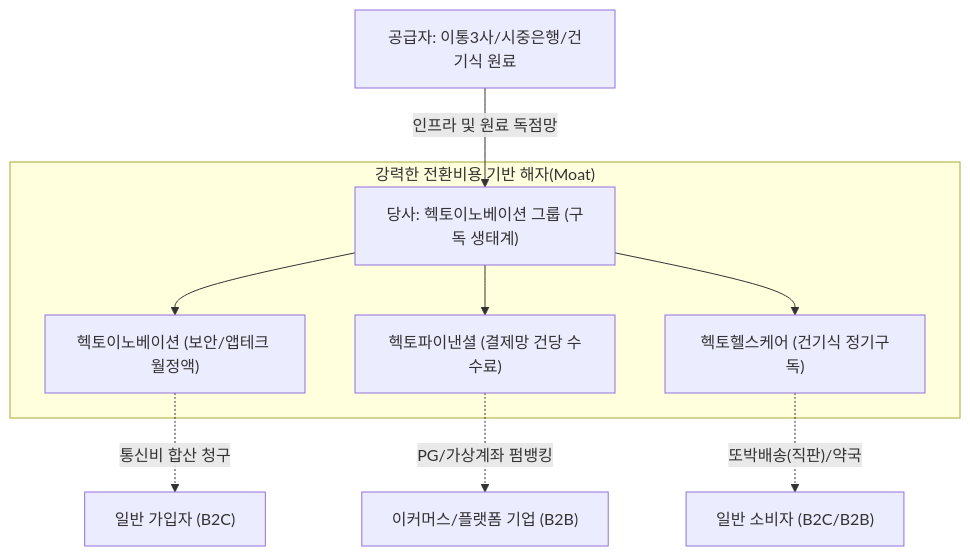
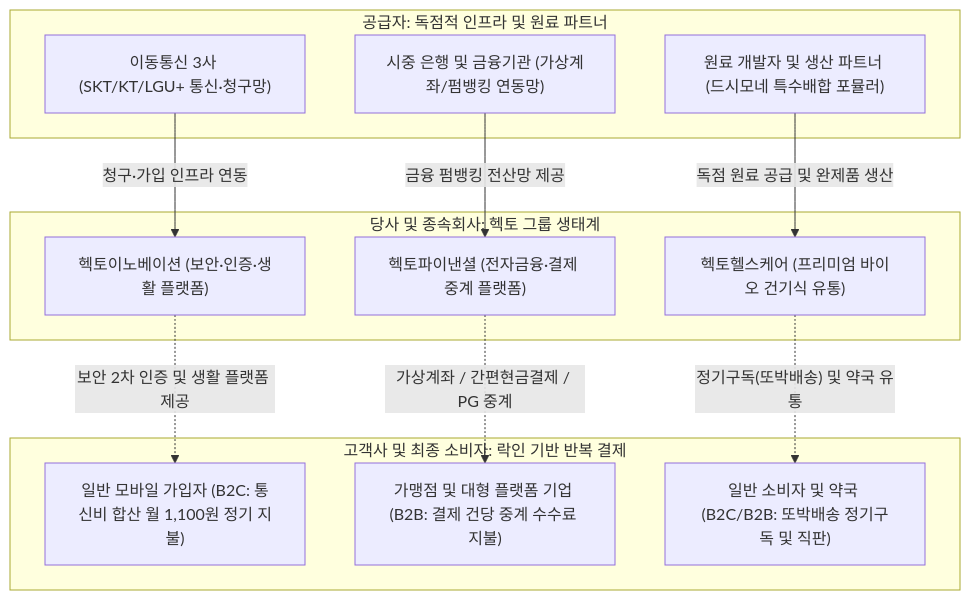
The diagram in Stock_Research/헥토이노베이션/3_Final_Reports/Phase1_Report.md (eve830521-cmd/my-skill), drawn with Mermaid before and after one commit. The commit also changed other lines of this file and 127 other files, not shown here.

````diff
--- a/Stock_Research/헥토이노베이션/3_Final_Reports/Phase1_Report.md
+++ b/Stock_Research/헥토이노베이션/3_Final_Reports/Phase1_Report.md
@@ -13,14 +10,28 @@
 ```mermaid
 graph TD
-    A["공급자: 이통3사/시중은행/건기식 원료"] -->|"인프라 및 원료 독점망"| B["당사: 헥토이노베이션 그룹 (구독 생태계)"]
-    
-    subgraph "강력한 전환비용 기반 해자(Moat)"
-    B --> C["헥토이노베이션 (보안/앱테크 월정액)"]
-    B --> D["헥토파이낸셜 (결제망 건당 수수료)"]
-    B --> E["헥토헬스케어 (건기식 정기구독)"]
+    subgraph "공급자: 독점적 인프라 및 원료 파트너"
+    A1["이동통신 3사 (SKT/KT/LGU+ 통신·청구망)"]
+    A2["시중 은행 및 금융기관 (가상계좌/펌뱅킹 연동망)"]
+    A3["원료 개발자 및 생산 파트너 (드시모네 특수배합 포뮬러)"]
     end
-    
-    C -. "통신비 합산 청구" .-> F["일반 가입자 (B2C)"]
-    D -. "PG/가상계좌 펌뱅킹" .-> G["이커머스/플랫폼 기업 (B2B)"]
-    E -. "또박배송(직판)/약국" .-> H["일반 소비자 (B2C/B2B)"]
+
+    subgraph "당사 및 종속회사: 헥토 그룹 생태계"
+    B1["헥토이노베이션 (보안·인증·생활 플랫폼)"]
+    B2["헥토파이낸셜 (전자금융·결제 중계 플랫폼)"]
+    B3["헥토헬스케어 (프리미엄 바이오 건기식 유통)"]
+    end
+
+    subgraph "고객사 및 최종 소비자: 락인 기반 반복 결제"
+    C1["일반 모바일 가입자 (B2C: 통신비 합산 월 1,100원 정기 지불)"]
+    C2["가맹점 및 대형 플랫폼 기업 (B2B: 결제 건당 중계 수수료 지불)"]
+    C3["일반 소비자 및 약국 (B2C/B2B: 또박배송 정기구독 및 직판)"]
+    end
+
+    A1 -->|"청구·가입 인프라 연동"| B1
+    A2 -->|"금융 펌뱅킹 전산망 제공"| B2
+    A3 -->|"독점 원료 공급 및 완제품 생산"| B3
+
+    B1 -. "보안 2차 인증 및 생활 플랫폼 제공" .-> C1
+    B2 -. "가상계좌 / 간편현금결제 / PG 중계" .-> C2
+    B3 -. "정기구독(또박배송) 및 약국 유통" .-> C3
 ```
````
